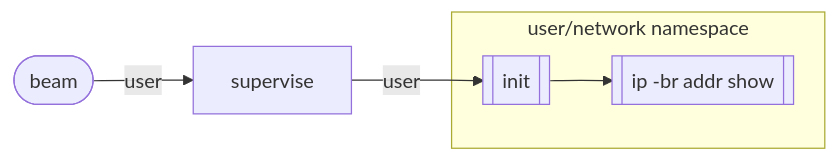
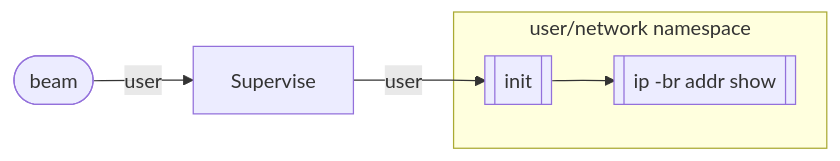
Before and after one commit to msantos/stdio: the sixth of 9 diagrams in README.md, drawn with Mermaid. The commit also changed other lines of this file and 2 other files, not shown here.

````diff
--- a/README.md
+++ b/README.md
@@ -159,8 +159,8 @@
 ```mermaid
 graph LR
-    B([beam]) -->|user| S[supervise]
+    B([beam]) -->|user| S[Supervise]
     S --> |user|I[[init]]
     subgraph "user/network namespace"
     I --> C[[ip -br addr show]]
     end
 ```
````
